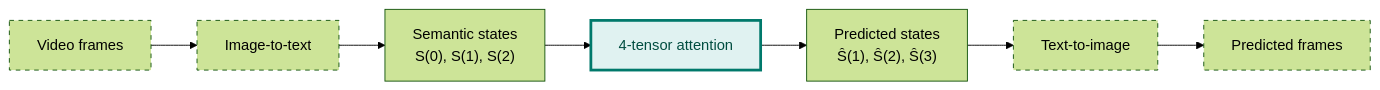
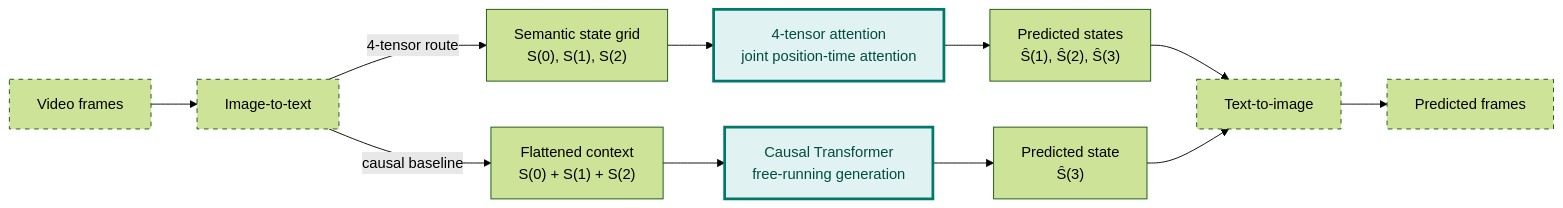
One commit to indigowave511/semantic-world changed the diagram in README.md. Above: the diagram before and after it, drawn with Mermaid (forest theme). The commit also changed other lines of this file and 5 other files, not shown here.

````diff
--- a/README.md
+++ b/README.md
@@ -17,14 +17,21 @@
 ```mermaid
 flowchart LR
     A["Video frames"] --> B["Image-to-text"]
-    B --> C["Semantic states<br/>S(0), S(1), S(2)"]
-    C --> D["4-tensor attention"]
-    D --> E["Predicted states<br/>Ŝ(1), Ŝ(2), Ŝ(3)"]
-    E --> F["Text-to-image"]
+
+    B -->|4-tensor route| C4["Semantic state grid<br/>S(0), S(1), S(2)"]
+    C4 --> D4["4-tensor attention<br/>joint position-time attention"]
+    D4 --> E4["Predicted states<br/>Ŝ(1), Ŝ(2), Ŝ(3)"]
+
+    B -->|causal baseline| C1["Flattened context<br/>S(0) + S(1) + S(2)"]
+    C1 --> D1["Causal Transformer<br/>free-running generation"]
+    D1 --> E1["Predicted state<br/>Ŝ(3)"]
+
+    E4 --> F["Text-to-image"]
+    E1 --> F
     F --> G["Predicted frames"]
 
     classDef here fill:#e0f2f1,stroke:#00796b,stroke-width:3px,color:#004d40;
     classDef outside stroke-dasharray: 5 5;
-    class D here;
+    class D4,D1 here;
     class A,B,F,G outside;
 ```
````
